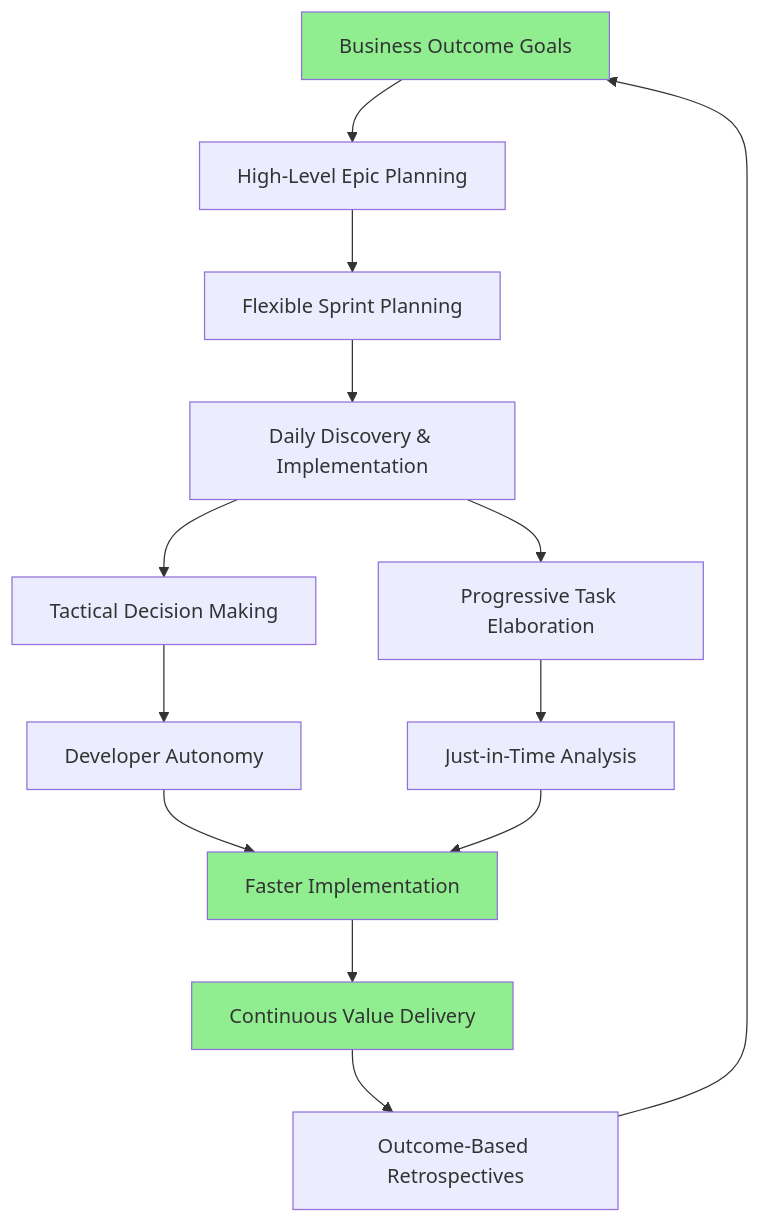
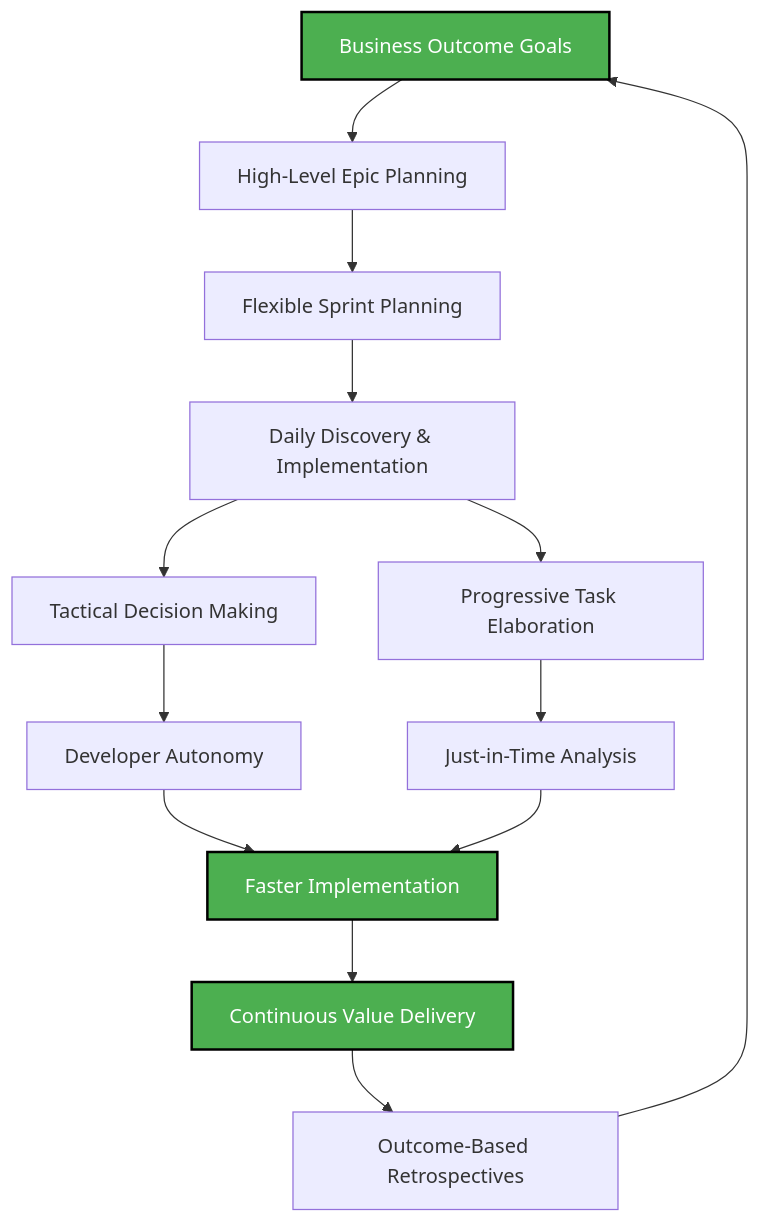
The sixth of 8 diagrams in README.md (benjgrad/EM), drawn with Mermaid before and after one commit. The commit also changed other lines of this file, not shown here.

````diff
--- a/README.md
+++ b/README.md
@@ -325,23 +318,23 @@
 ```mermaid
 graph TD
     A[Business Outcome Goals] --> B[High-Level Epic Planning]
     B --> C[Flexible Sprint Planning]
     C --> D[Daily Discovery & Implementation]
     
     D --> E[Tactical Decision Making]
     D --> F[Progressive Task Elaboration]
     
     E --> G[Developer Autonomy]
     F --> H[Just-in-Time Analysis]
     
     G --> I[Faster Implementation]
     H --> I
     I --> J[Continuous Value Delivery]
     
     J --> K[Outcome-Based Retrospectives]
     K --> A
     
-    style A fill:#90EE90
-    style I fill:#90EE90
-    style J fill:#90EE90
+    style A fill:#4caf50,stroke:#000,stroke-width:2px,color:#fff
+    style I fill:#4caf50,stroke:#000,stroke-width:2px,color:#fff
+    style J fill:#4caf50,stroke:#000,stroke-width:2px,color:#fff
 ```
````
